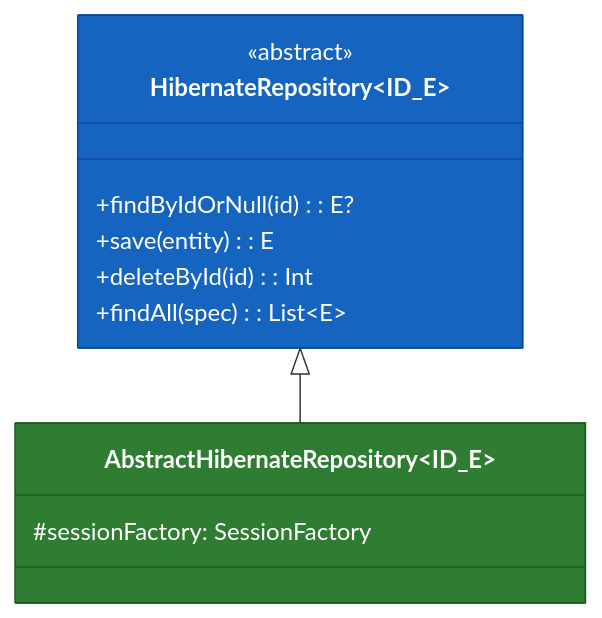
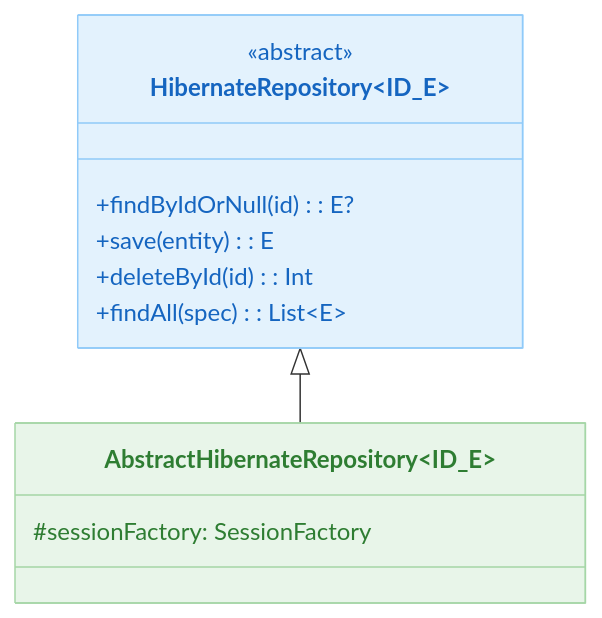
One commit to bluetape4k/bluetape4k-projects changed the first of 3 diagrams in data/hibernate/README.ko.md. Above: the diagram before and after it, drawn with Mermaid. The commit also changed other lines of this file and 219 other files, not shown here.

First line of the commit message:
docs: 전체 README Mermaid 다이어그램 가이드 적용

````diff
--- a/data/hibernate/README.ko.md
+++ b/data/hibernate/README.ko.md
@@ -521,18 +521,18 @@
 ```mermaid
 classDiagram
     direction TB
     class HibernateRepository~ID_E~ {
         <<abstract>>
         +findByIdOrNull(id): E?
         +save(entity): E
         +deleteById(id): Int
         +findAll(spec): List~E~
     }
     class AbstractHibernateRepository~ID_E~ {
         #sessionFactory: SessionFactory
     }
     HibernateRepository <|-- AbstractHibernateRepository
 
-    style HibernateRepository fill:#1565C0,stroke:#0D47A1,color:#FFFFFF
-    style AbstractHibernateRepository fill:#2E7D32,stroke:#1B5E20,color:#FFFFFF
+    style HibernateRepository fill:#E3F2FD,stroke:#90CAF9,color:#1565C0
+    style AbstractHibernateRepository fill:#E8F5E9,stroke:#A5D6A7,color:#2E7D32
 ```
````
